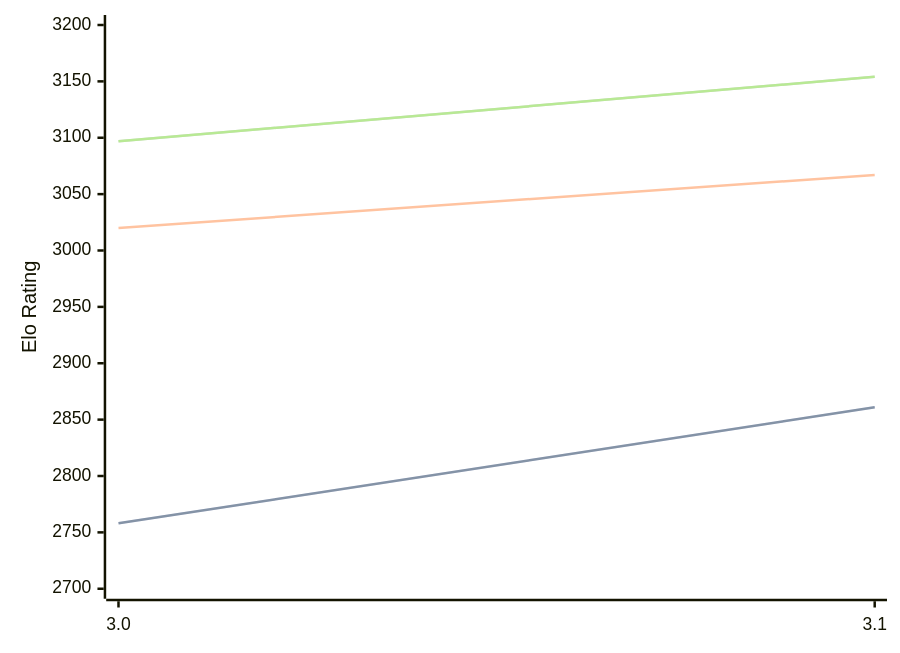
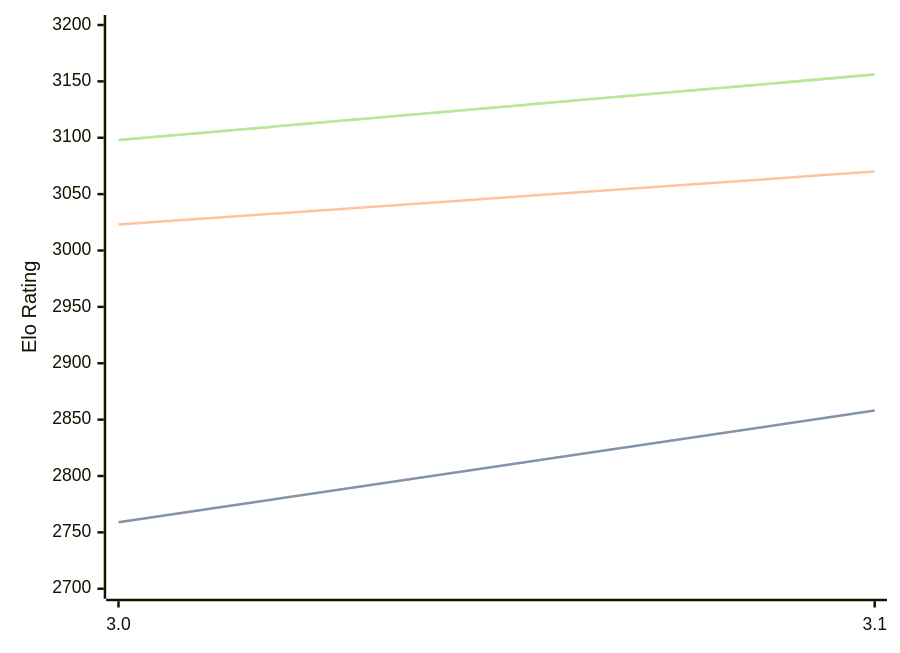
One commit to computer-chess-index/cci changed the diagram in engines/Vajolet2.md. Above: the diagram before and after it, drawn with Mermaid. The commit also changed other lines of this file, not shown here.

Commit message:
Update CCI Ratings (ELO VLTC) - 2026-04-11

````diff
--- a/engines/Vajolet2.md
+++ b/engines/Vajolet2.md
@@ -40,11 +40,11 @@
 ```mermaid
 %%{init: {"theme":"base","themeVariables":{"seriesColors:['#a3a3a3','#222221','#faa371']}}}%%
 xychart-beta
   x-axis ["3.0", "3.1"]
   y-axis "Elo Rating" 2700 --> 3200
-  line "STC (8.0+0.08s)" [2758, 2861]
-  line "STC (8.0+0.08s)" [2758, 2861]
-  line "LTC (60.0+0.60s)" [3020, 3067]
-  line "VLTC (2m24s+1.12s)" [3097, 3154]
-  line "VLTC (2m24s+1.12s)" [3097, 3154]
+  line "STC (8.0+0.08s)" [2759, 2858]
+  line "STC (8.0+0.08s)" [2759, 2858]
+  line "LTC (60.0+0.60s)" [3023, 3070]
+  line "VLTC (2m24s+1.12s)" [3098, 3156]
+  line "VLTC (2m24s+1.12s)" [3098, 3156]
 ```
````
